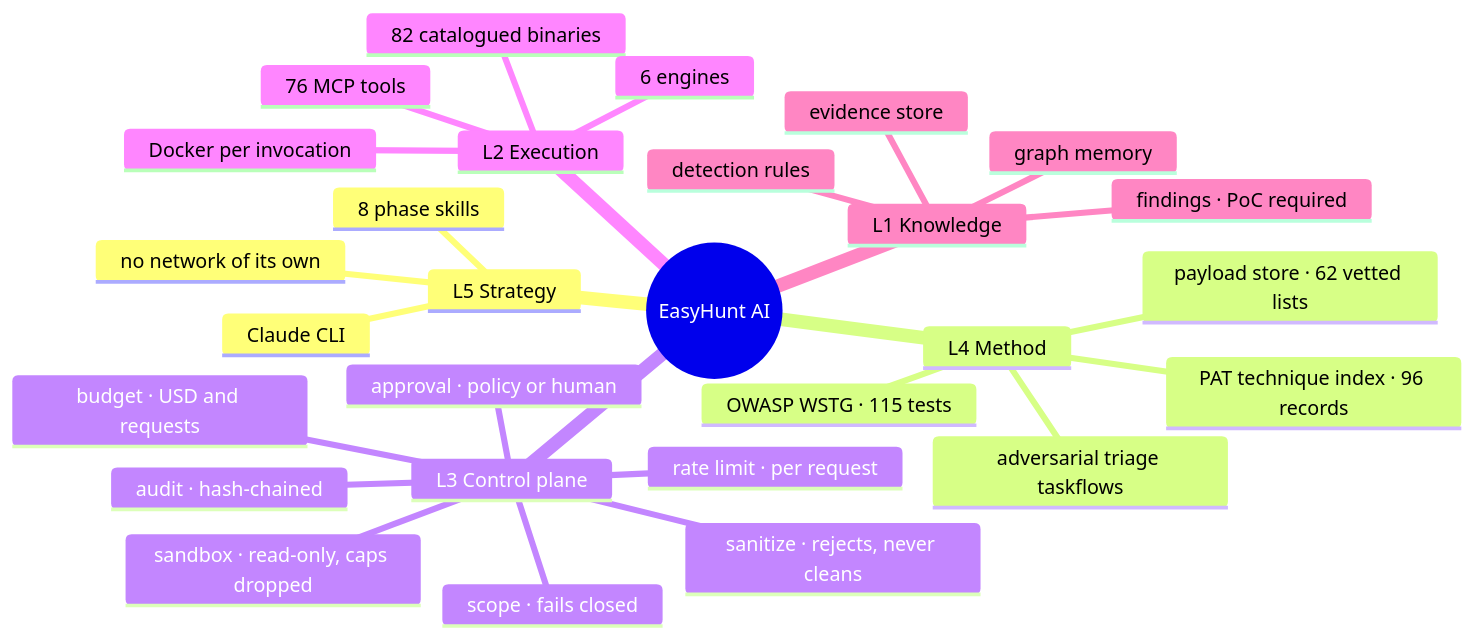
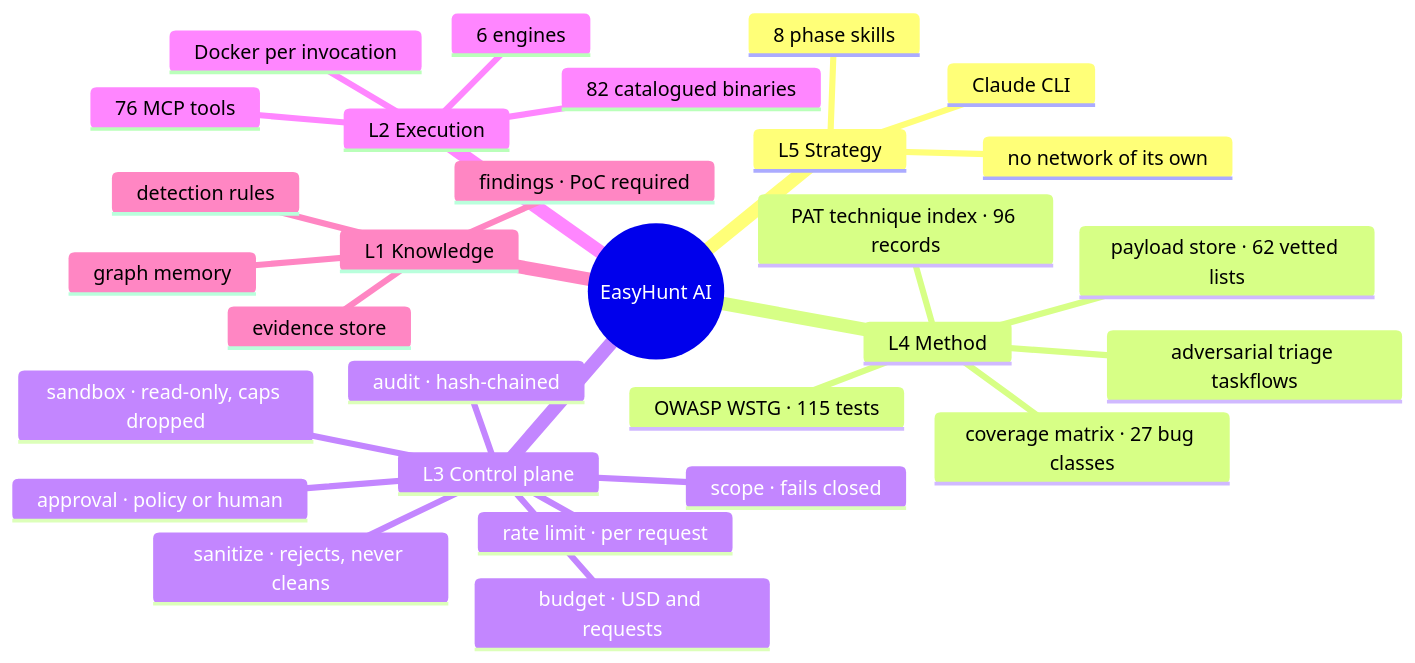
Before and after one commit to iamsecure1920/Cordon-AI: the second of 4 diagrams in README.md, drawn with Mermaid. The commit also changed other lines of this file and 4 other files, not shown here.

First line of the commit message:
Add a bug-class coverage matrix so a client engagement cannot silently miss a class

````diff
--- a/README.md
+++ b/README.md
@@ -107,31 +107,32 @@
 ```mermaid
 mindmap
   root((EasyHunt AI))
     L5 Strategy
       Claude CLI
       no network of its own
       8 phase skills
     L4 Method
       OWASP WSTG · 115 tests
       PAT technique index · 96 records
+      coverage matrix · 27 bug classes
       adversarial triage taskflows
       payload store · 62 vetted lists
     L3 Control plane
       scope · fails closed
       sanitize · rejects, never cleans
       budget · USD and requests
       rate limit · per request
       approval · policy or human
       sandbox · read-only, caps dropped
       audit · hash-chained
     L2 Execution
       76 MCP tools
       82 catalogued binaries
       6 engines
       Docker per invocation
     L1 Knowledge
       findings · PoC required
       graph memory
       detection rules
       evidence store
 ```
````
